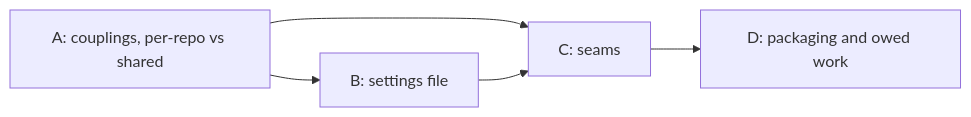
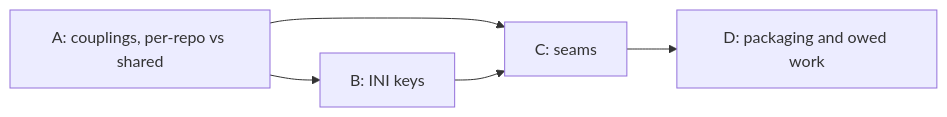
Before and after one commit to deepily/lupin: the first of 2 diagrams in src/rnd/v0.2.3/2026.11.09-abstracted-source-code-duplication-and-reuse-services/2026.11.09-abstracted-source-code-duplication-and-reuse-services.md, drawn with Mermaid. The commit also changed other lines of this file, not shown here.

````diff
--- a/src/rnd/v0.2.3/2026.11.09-abstracted-source-code-duplication-and-reuse-services/2026.11.09-abstracted-source-code-duplication-and-reuse-services.md
+++ b/src/rnd/v0.2.3/2026.11.09-abstracted-source-code-duplication-and-reuse-services/2026.11.09-abstracted-source-code-duplication-and-reuse-services.md
@@ -79,7 +79,7 @@
 ```mermaid
 flowchart LR
-    A["A: couplings, per-repo vs shared"] --> B["B: settings file"]
+    A["A: couplings, per-repo vs shared"] --> B["B: INI keys"]
     A --> C["C: seams"]
     B --> C
     C --> D["D: packaging and owed work"]
 ```
````
